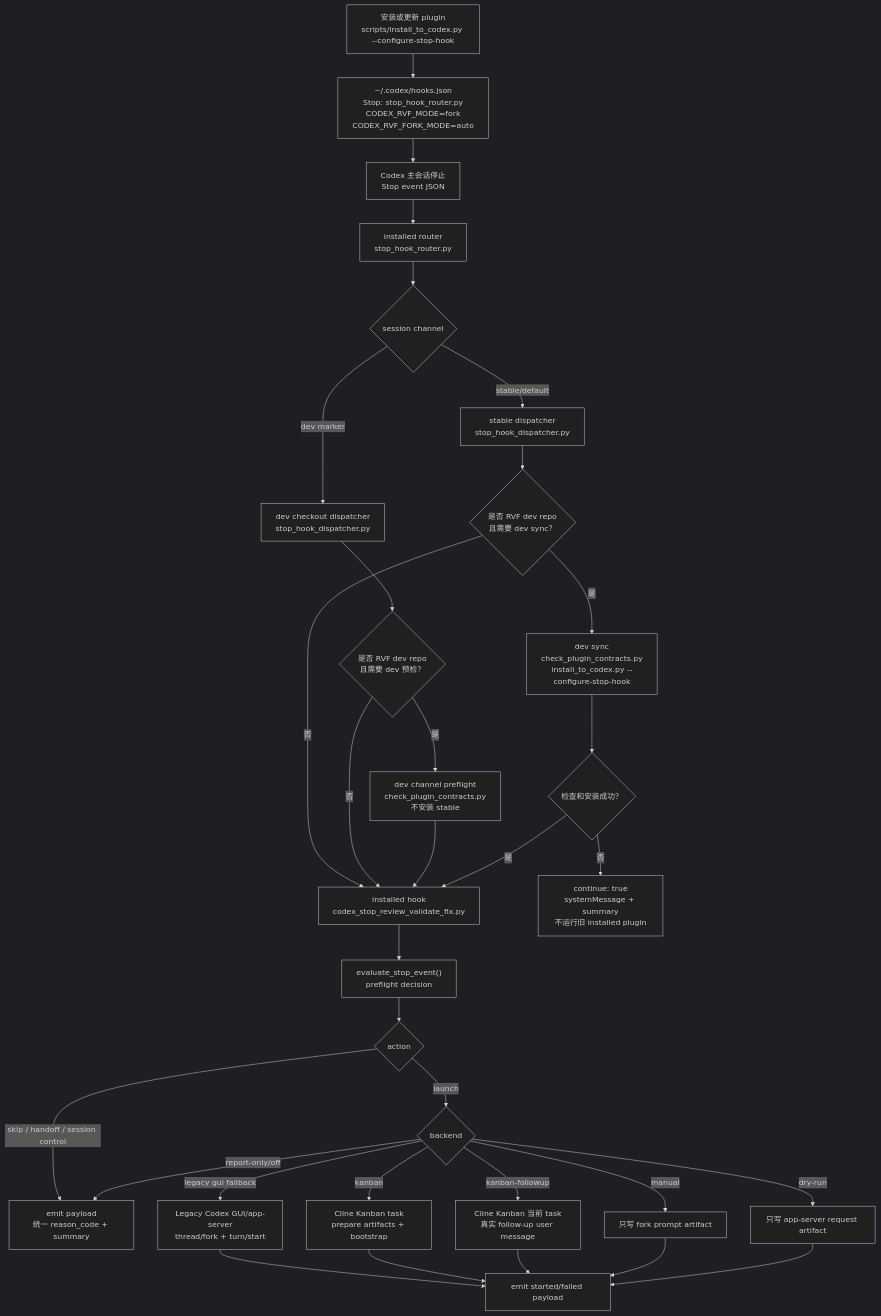
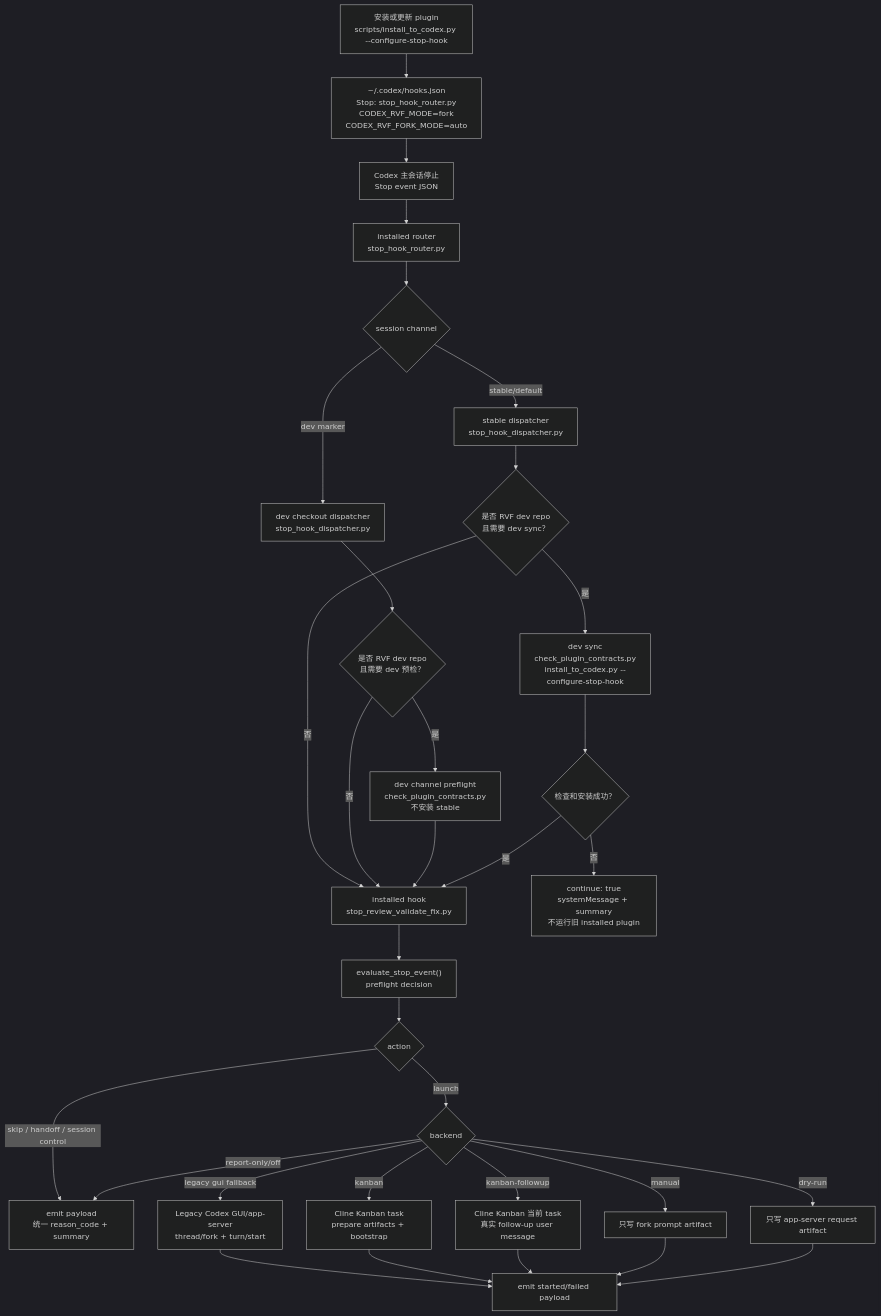
The diagram in README.md (RealmX1/review-validate-fix), drawn with Mermaid (dark theme) before and after one commit. The commit also changed other lines of this file and 40 other files, not shown here.

````diff
--- a/README.md
+++ b/README.md
@@ -241,38 +241,38 @@
 ```mermaid
 flowchart TD
     Install["安装或更新 plugin\nscripts/install_to_codex.py --configure-stop-hook"] --> Hooks["~/.codex/hooks.json\nStop: stop_hook_router.py\nCODEX_RVF_MODE=fork\nCODEX_RVF_FORK_MODE=auto"]
     Hooks --> Stop["Codex 主会话停止\nStop event JSON"]
     Stop --> Router["installed router\nstop_hook_router.py"]
     Router --> Channel{"session channel"}
     Channel -- "stable/default" --> Dispatcher["stable dispatcher\nstop_hook_dispatcher.py"]
     Channel -- "dev marker" --> DevDispatcher["dev checkout dispatcher\nstop_hook_dispatcher.py"]
 
     Dispatcher --> DevCheck{"是否 RVF dev repo\n且需要 dev sync？"}
     DevDispatcher --> DevContract{"是否 RVF dev repo\n且需要 dev 预检？"}
-    DevCheck -- "否" --> InstalledHook["installed hook\ncodex_stop_review_validate_fix.py"]
+    DevCheck -- "否" --> InstalledHook["installed hook\nstop_review_validate_fix.py"]
     DevCheck -- "是" --> Sync["dev sync\ncheck_plugin_contracts.py\ninstall_to_codex.py --configure-stop-hook"]
     DevContract -- "否" --> InstalledHook
     DevContract -- "是" --> ContractOnly["dev channel preflight\ncheck_plugin_contracts.py\n不安装 stable"]
     ContractOnly --> InstalledHook
     Sync --> SyncOk{"检查和安装成功？"}
     SyncOk -- "否" --> BlockingFail["continue: true\nsystemMessage + summary\n不运行旧 installed plugin"]
     SyncOk -- "是" --> InstalledHook
 
     InstalledHook --> Evaluate["evaluate_stop_event()\npreflight decision"]
     Evaluate --> Decision{"action"}
     Decision -- "skip / handoff / session control" --> Skip["emit payload\n统一 reason_code + summary"]
     Decision -- "launch" --> Backend{"backend"}
 
     Backend -- "legacy gui fallback" --> Gui["Legacy Codex GUI/app-server\nthread/fork + turn/start"]
     Backend -- "kanban" --> Kanban["Cline Kanban task\nprepare artifacts + bootstrap"]
     Backend -- "kanban-followup" --> KanbanFollowup["Cline Kanban 当前 task\n真实 follow-up user message"]
     Backend -- "manual" --> Manual["只写 fork prompt artifact"]
     Backend -- "dry-run" --> DryRun["只写 app-server request artifact"]
     Backend -- "report-only/off" --> Skip
 
     Gui --> Result["emit started/failed payload"]
     Kanban --> Result
     KanbanFollowup --> Result
     Manual --> Result
     DryRun --> Result
 ```
````
